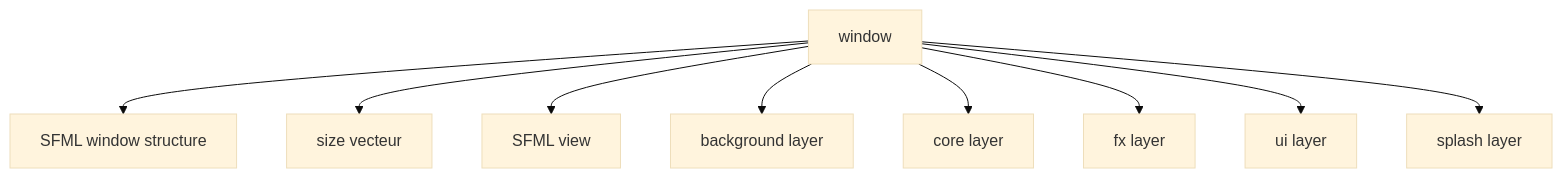
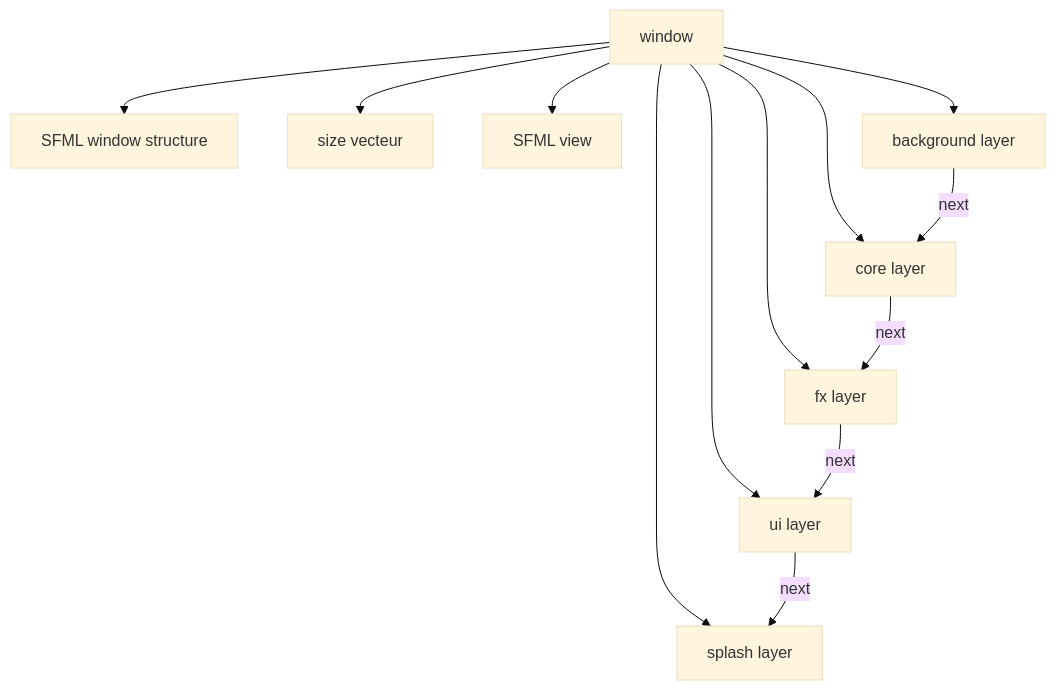
The first of 7 diagrams in lib/my_graphics/README.md (Chi-Iroh/MyRPG), drawn with Mermaid (base theme) before and after one commit. The commit also changed other lines of this file and 10 other files, not shown here.

Commit message:
[FIX] : lib graphics : Up to Date documentation relative to draw structure

````diff
--- a/lib/my_graphics/README.md
+++ b/lib/my_graphics/README.md
@@ -9,11 +9,15 @@
 ```mermaid
   graph TD;
     A[window] --> B[SFML window structure];
     A --> C[size vecteur];
     A --> D[SFML view];
     A --> E[background layer];
     A --> F[core layer];
     A --> G[fx layer];
     A --> H[ui layer];
     A --> I[splash layer];
+    E --next--> F;
+    F --next--> G;
+    G --next--> H;
+    H --next--> I;
 ```
````
